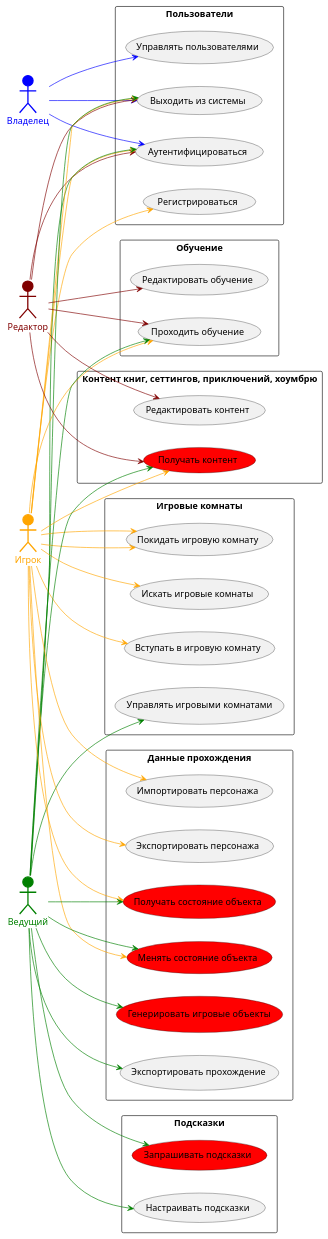
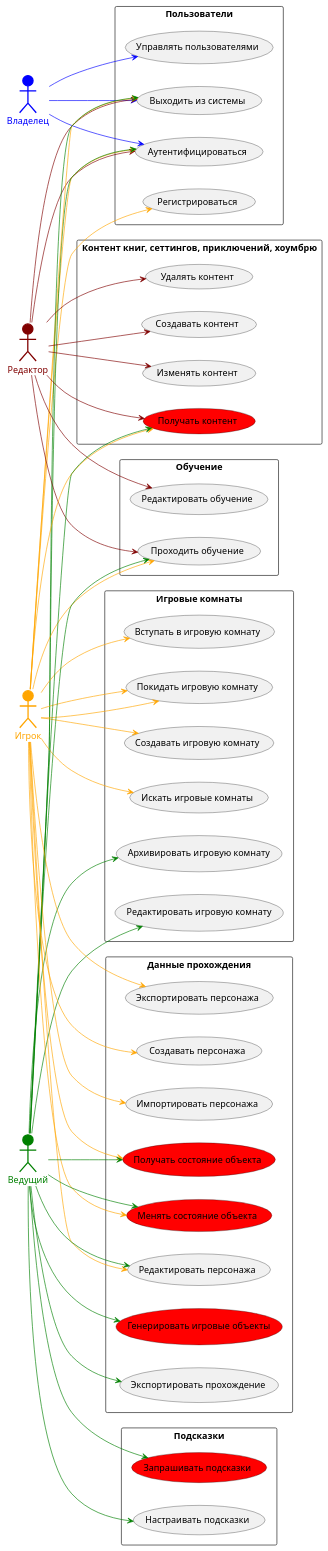
One commit to butakovmv/d20e_arch changed the diagram in chart/usecases.puml. Above: the diagram before and after it, drawn with PlantUML. The commit also changed 8 other files, not shown here.

```diff
--- a/chart/usecases.puml
+++ b/chart/usecases.puml
@@ -1,88 +1,100 @@
 @startuml
 left to right direction
 
 actor "Владелец" as UO $UO #blue;line:blue;line.bold;text:blue
 actor "Редактор" as UE $UE #maroon;line:maroon;line.bold;text:maroon
 actor "Игрок" as UP $UP #orange;line:orange;line.bold;text:orange
 actor "Ведущий" as UD $UD #green;line:green;line.bold;text:green
 
 rectangle "Пользователи" as Users {
     usecase "Регистрироваться" as Register
     usecase "Аутентифицироваться" as Auth
     usecase "Управлять пользователями" as ManageUsers
     usecase "Выходить из системы" as Logout
     UP --> Register #orange
     UO --> Auth #blue
     UE --> Auth #maroon
     UP --> Auth #orange
     UD --> Auth #green
     UO --> ManageUsers #blue
     UO --> Logout #blue
     UE --> Logout #maroon
     UP --> Logout #orange
     UD --> Logout #green
-
 }
 
 rectangle "Игровые комнаты" as Rooms {
-    usecase "Управлять игровыми комнатами" as ManageRoom
+    usecase "Создавать игровую комнату" as CreateRoom
+    usecase "Редактировать игровую комнату" as EditRoom
+    usecase "Архивировать игровую комнату" as ArchiveRoom
     usecase "Искать игровые комнаты" as SearchRoom
     usecase "Вступать в игровую комнату" as JoinRoom
     usecase "Покидать игровую комнату" as LeaveRoom
-    UD --> ManageRoom #green
+    UD --> EditRoom #green
+    UD --> ArchiveRoom #green
+    UP --> CreateRoom #orange
     UP --> SearchRoom #orange
     UP --> JoinRoom #orange
     UP --> LeaveRoom #orange
 }
 
 rectangle "Обучение" as Education {
     usecase "Проходить обучение" as Learn
     usecase "Редактировать обучение" as EditLearn
     UP --> LeaveRoom #orange
     UE --> Learn #maroon
     UE --> EditLearn #maroon
     UP --> Learn #orange
     UD --> Learn #green
 }
 
 rectangle "Контент книг, сеттингов, приключений, хоумбрю" as Content {
     usecase "Получать контент" as ReadContent #red
-    usecase "Редактировать контент" as EditContent
+    usecase "Создавать контент" as CreateContent
+    usecase "Изменять контент" as EditContent
+    usecase "Удалять контент" as DeleteContent
+    UE --> CreateContent #maroon
+    UE --> EditContent #maroon
+    UE --> DeleteContent #maroon
     UE --> ReadContent #maroon
-    UE --> EditContent #maroon
     UP --> ReadContent #orange
     UD --> ReadContent #green
 }
 
 rectangle "Данные прохождения" as Campaigns {
     usecase "Получать состояние объекта" as GetState #red
     usecase "Менять состояние объекта" as ChangeState #red
     usecase "Генерировать игровые объекты" as Generate #red
+    usecase "Создавать персонажа" as CreateChar
+    usecase "Редактировать персонажа" as EditChar
     usecase "Импортировать персонажа" as ImportChar
     usecase "Экспортировать персонажа" as ExportChar
     usecase "Экспортировать прохождение" as ExportHistory
     UP --> GetState #orange
     UP --> ChangeState #orange
+    UP --> CreateChar #orange
+    UP --> EditChar #orange
     UP --> ImportChar #orange
     UP --> ExportChar #orange
     UD --> Generate #green
     UD --> GetState #green
     UD --> ChangeState #green
+    UD --> EditChar #green
     UD --> ExportHistory #green
 }
 
 rectangle "Подсказки" as Hints {
     usecase "Запрашивать подсказки" as AskHint #red
     usecase "Настраивать подсказки" as TuneHint
     UD --> AskHint #green
     UD --> TuneHint #green
 }
 
 'remove Hints
 'remove Users
 'remove Education
 'remove Rooms
 'remove UO
 'remove UE
 remove @unlinked
 @enduml
```
